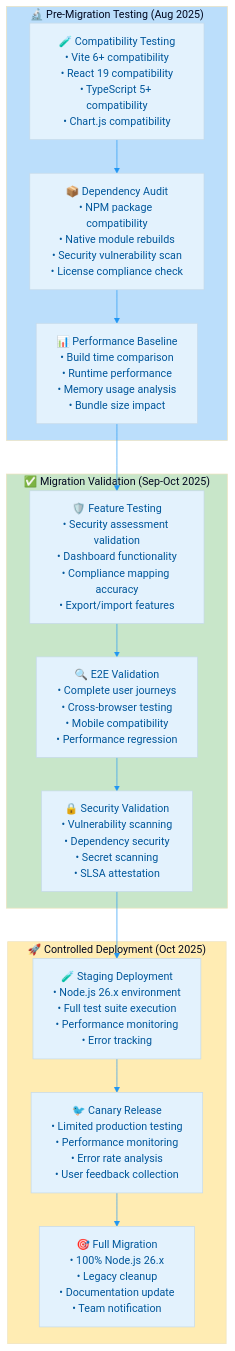
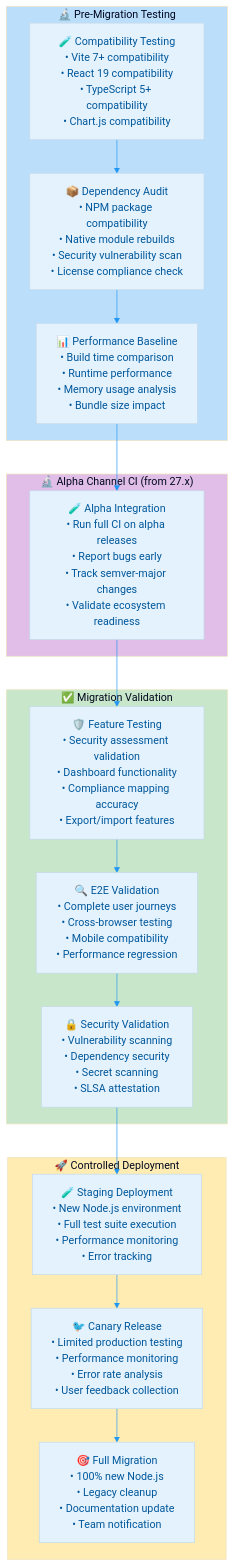
One commit to Hack23/cia-compliance-manager changed the third of 9 diagrams in docs/End-of-Life-Strategy.md. Above: the diagram before and after it, drawn with Mermaid. The commit also changed other lines of this file and 4 other files, not shown here.

````diff
--- a/docs/End-of-Life-Strategy.md
+++ b/docs/End-of-Life-Strategy.md
@@ -241,45 +229,51 @@
 ```mermaid
 %%{
   init: {
     'theme': 'base',
     'themeVariables': {
       'primaryColor': '#e3f2fd',
       'primaryTextColor': '#01579b',
       'lineColor': '#2196f3',
       'secondaryColor': '#f1f8e9',
       'tertiaryColor': '#fff8e1'
     }
   }
 }%%
 flowchart TB
-    subgraph PREPARATION["🔬 Pre-Migration Testing (Aug 2025)"]
-        COMPAT_TEST["🧪 Compatibility Testing<br/>• Vite 6+ compatibility<br/>• React 19 compatibility<br/>• TypeScript 5+ compatibility<br/>• Chart.js compatibility"]
+    subgraph PREPARATION["🔬 Pre-Migration Testing"]
+        COMPAT_TEST["🧪 Compatibility Testing<br/>• Vite 7+ compatibility<br/>• React 19 compatibility<br/>• TypeScript 5+ compatibility<br/>• Chart.js compatibility"]
         DEP_AUDIT["📦 Dependency Audit<br/>• NPM package compatibility<br/>• Native module rebuilds<br/>• Security vulnerability scan<br/>• License compliance check"]
         PERF_BASELINE["📊 Performance Baseline<br/>• Build time comparison<br/>• Runtime performance<br/>• Memory usage analysis<br/>• Bundle size impact"]
     end
 
-    subgraph VALIDATION["✅ Migration Validation (Sep-Oct 2025)"]
+    subgraph ALPHA_CI["🔬 Alpha Channel CI (from 27.x)"]
+        ALPHA_TEST["🧪 Alpha Integration<br/>• Run full CI on alpha releases<br/>• Report bugs early<br/>• Track semver-major changes<br/>• Validate ecosystem readiness"]
+    end
+
+    subgraph VALIDATION["✅ Migration Validation"]
         FEATURE_TEST["🛡️ Feature Testing<br/>• Security assessment validation<br/>• Dashboard functionality<br/>• Compliance mapping accuracy<br/>• Export/import features"]
         E2E_VALIDATION["🔍 E2E Validation<br/>• Complete user journeys<br/>• Cross-browser testing<br/>• Mobile compatibility<br/>• Performance regression"]
         SECURITY_SCAN["🔒 Security Validation<br/>• Vulnerability scanning<br/>• Dependency security<br/>• Secret scanning<br/>• SLSA attestation"]
     end
 
-    subgraph DEPLOYMENT["🚀 Controlled Deployment (Oct 2025)"]
-        STAGING_DEPLOY["🧪 Staging Deployment<br/>• Node.js 26.x environment<br/>• Full test suite execution<br/>• Performance monitoring<br/>• Error tracking"]
+    subgraph DEPLOYMENT["🚀 Controlled Deployment"]
+        STAGING_DEPLOY["🧪 Staging Deployment<br/>• New Node.js environment<br/>• Full test suite execution<br/>• Performance monitoring<br/>• Error tracking"]
         CANARY_RELEASE["🐦 Canary Release<br/>• Limited production testing<br/>• Performance monitoring<br/>• Error rate analysis<br/>• User feedback collection"]
-        FULL_MIGRATION["🎯 Full Migration<br/>• 100% Node.js 26.x<br/>• Legacy cleanup<br/>• Documentation update<br/>• Team notification"]
+        FULL_MIGRATION["🎯 Full Migration<br/>• 100% new Node.js<br/>• Legacy cleanup<br/>• Documentation update<br/>• Team notification"]
     end
 
     COMPAT_TEST --> DEP_AUDIT
     DEP_AUDIT --> PERF_BASELINE
-    PERF_BASELINE --> FEATURE_TEST
+    PERF_BASELINE --> ALPHA_TEST
+    ALPHA_TEST --> FEATURE_TEST
     FEATURE_TEST --> E2E_VALIDATION
     E2E_VALIDATION --> SECURITY_SCAN
     SECURITY_SCAN --> STAGING_DEPLOY
     STAGING_DEPLOY --> CANARY_RELEASE
     CANARY_RELEASE --> FULL_MIGRATION
 
     style PREPARATION fill:#bbdefb
+    style ALPHA_CI fill:#e1bee7
     style VALIDATION fill:#c8e6c9
     style DEPLOYMENT fill:#ffecb3
 ```
````
